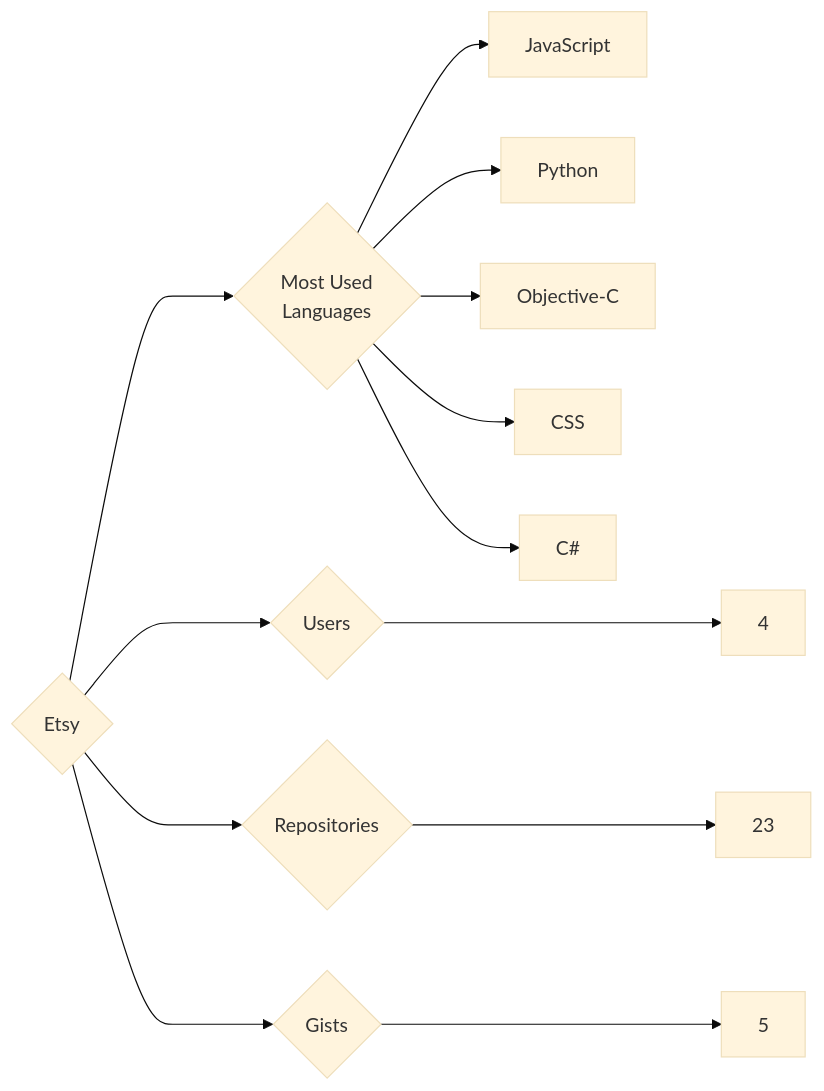
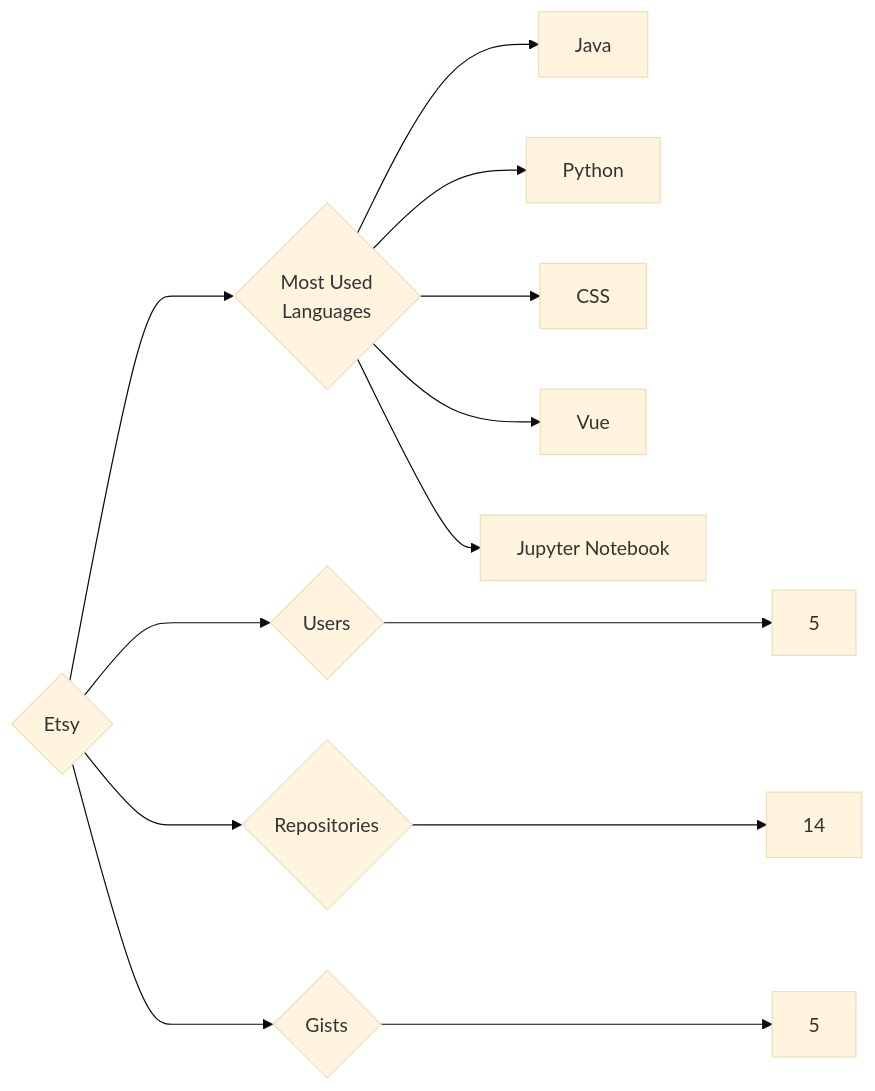
One commit to trickest/insiders changed the diagram in targets/Etsy/README.md. Above: the diagram before and after it, drawn with Mermaid (base theme). The commit also changed 611 other files, not shown here.

````diff
--- a/targets/Etsy/README.md
+++ b/targets/Etsy/README.md
@@ -3,13 +3,13 @@
 ```mermaid
 graph LR
 COMPANY_NAME{Etsy}
-COMPANY_NAME ---> U{Users} ---> UN[4]
-COMPANY_NAME ---> R{Repositories} ---> RN[23]
+COMPANY_NAME ---> U{Users} ---> UN[5]
+COMPANY_NAME ---> R{Repositories} ---> RN[14]
 COMPANY_NAME ---> G{Gists} ---> GN[5]
 COMPANY_NAME ---> ML{Most Used<br>Languages}
-ML --> JavaScript[JavaScript]
+ML --> Java[Java]
 ML --> Python[Python]
-ML --> Objective-C[Objective-C]
 ML --> CSS[CSS]
-ML --> C#[C#]
+ML --> Vue[Vue]
+ML --> Jupyter_Notebook[Jupyter Notebook]
 ```
````
